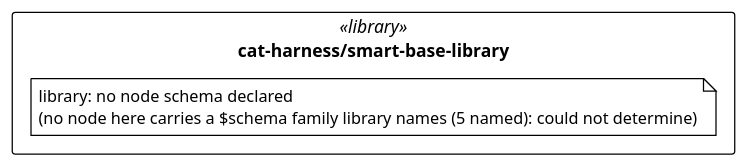
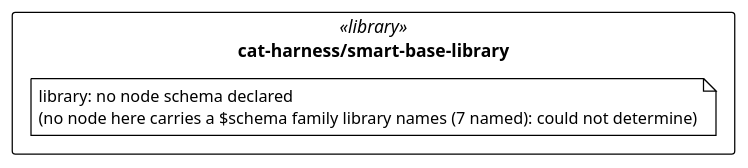
Before and after one commit to litlfred/folio-assistant: the diagram in cat-harness/uml/overview/cat-harness/smart-base-library.puml, drawn with PlantUML. The commit also changed 174 other files, not shown here.

```diff
--- a/cat-harness/uml/overview/cat-harness/smart-base-library.puml
+++ b/cat-harness/uml/overview/cat-harness/smart-base-library.puml
@@ -3,13 +3,13 @@
 @startuml cat_harness_smart_base_library
 !pragma layout elk
 !theme plain
 skinparam classAttributeIconSize 0
 skinparam shadowing false
 skinparam packageStyle rectangle
 hide empty methods
 
 package "cat-harness/smart-base-library" as pkg_cat_harness_smart_base_library <<library>> {
-  note "library: no node schema declared\n(no node here carries a $schema family library names (5 named): could not determine)" as n_cat_harness_smart_base_library_library
+  note "library: no node schema declared\n(no node here carries a $schema family library names (7 named): could not determine)" as n_cat_harness_smart_base_library_library
 }
 
 @enduml
```
